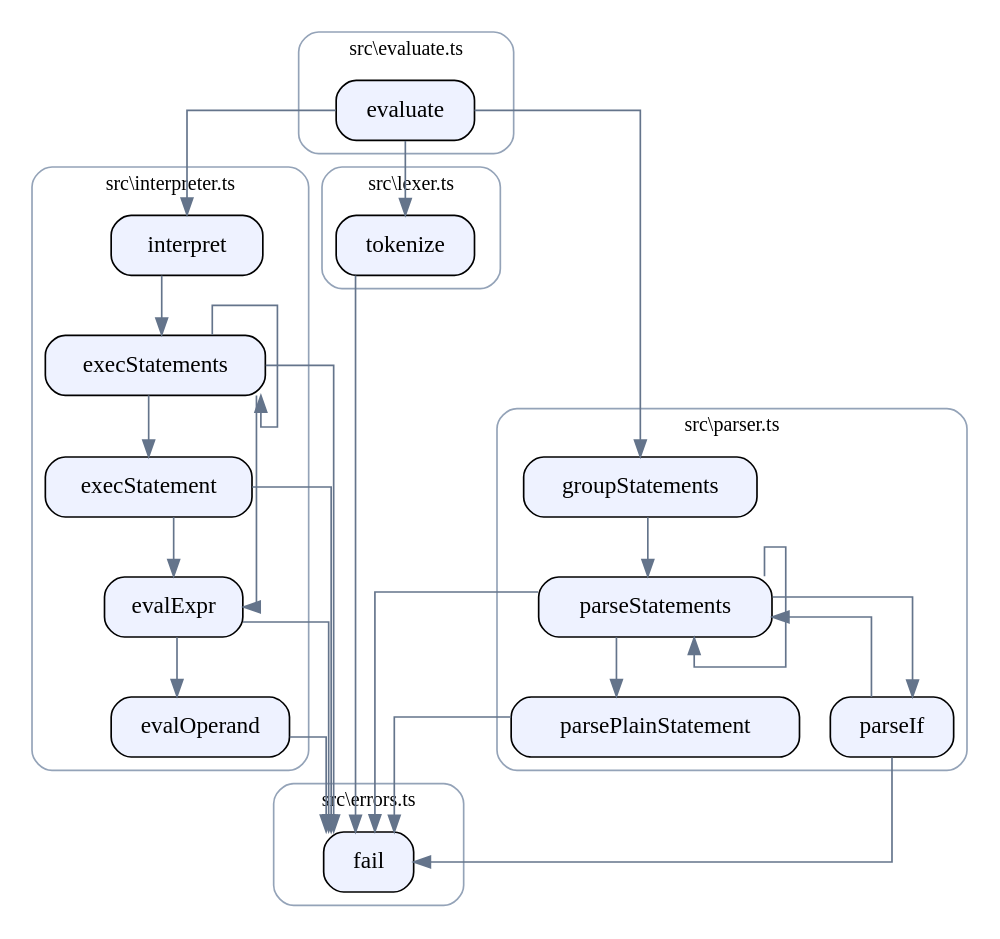
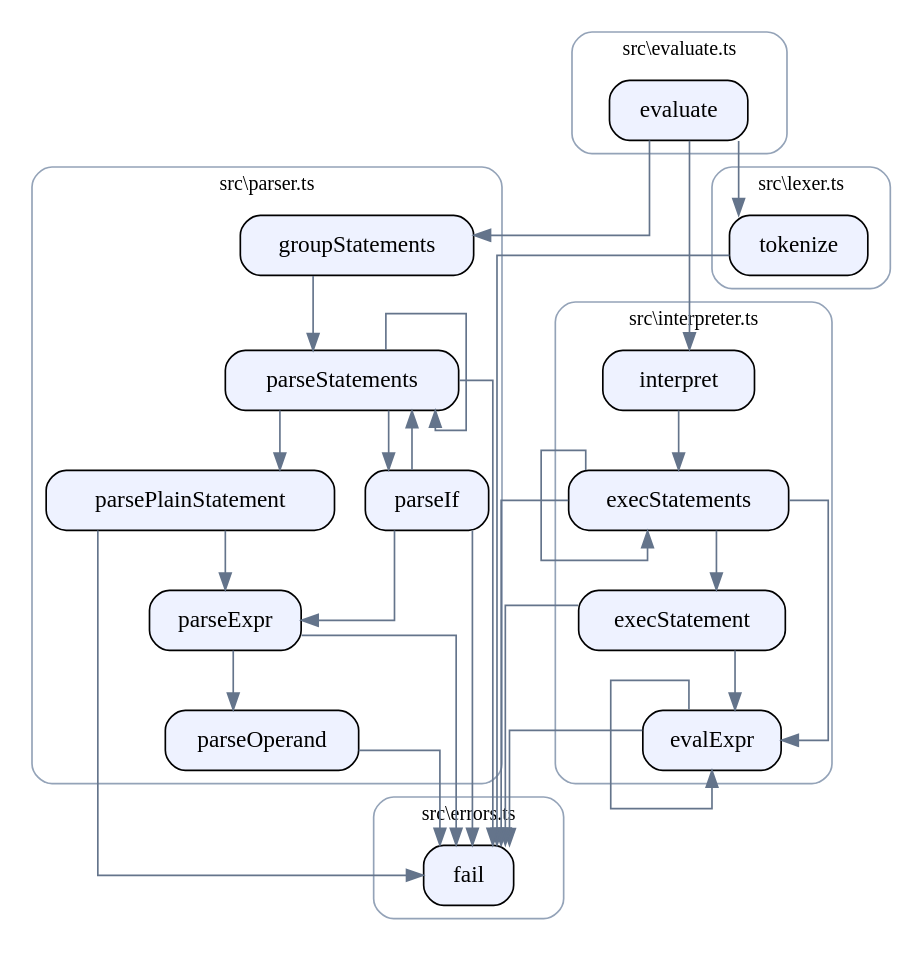
One commit to SirMathhman/Tuff changed the diagram in docs/callgraph.dot. Above: the diagram before and after it, drawn with Graphviz. The commit also changed 6 other files, not shown here.

```diff
--- a/docs/callgraph.dot
+++ b/docs/callgraph.dot
@@ -1,75 +1,80 @@
 digraph tuff {
   rankdir=TB;
   splines=ortho;
   node [shape=box, style="rounded,filled", fillcolor="#eef2ff", fontname="Consolas"];
   edge [color="#64748b"];
   subgraph "cluster_src_errors_ts" {
     style="rounded";
     color="#94a3b8";
     fontname="Consolas";
     fontsize=12;
     label="src\\errors.ts";
     "src\\errors.ts::fail" [label="fail"];
   }
   subgraph "cluster_src_evaluate_ts" {
     style="rounded";
     color="#94a3b8";
     fontname="Consolas";
     fontsize=12;
     label="src\\evaluate.ts";
     "src\\evaluate.ts::evaluate" [label="evaluate"];
   }
   subgraph "cluster_src_interpreter_ts" {
     style="rounded";
     color="#94a3b8";
     fontname="Consolas";
     fontsize=12;
     label="src\\interpreter.ts";
-    "src\\interpreter.ts::evalOperand" [label="evalOperand"];
     "src\\interpreter.ts::evalExpr" [label="evalExpr"];
     "src\\interpreter.ts::execStatement" [label="execStatement"];
     "src\\interpreter.ts::execStatements" [label="execStatements"];
     "src\\interpreter.ts::interpret" [label="interpret"];
   }
   subgraph "cluster_src_lexer_ts" {
     style="rounded";
     color="#94a3b8";
     fontname="Consolas";
     fontsize=12;
     label="src\\lexer.ts";
     "src\\lexer.ts::tokenize" [label="tokenize"];
   }
   subgraph "cluster_src_parser_ts" {
     style="rounded";
     color="#94a3b8";
     fontname="Consolas";
     fontsize=12;
     label="src\\parser.ts";
     "src\\parser.ts::parseStatements" [label="parseStatements"];
     "src\\parser.ts::parsePlainStatement" [label="parsePlainStatement"];
+    "src\\parser.ts::parseOperand" [label="parseOperand"];
+    "src\\parser.ts::parseExpr" [label="parseExpr"];
     "src\\parser.ts::parseIf" [label="parseIf"];
     "src\\parser.ts::groupStatements" [label="groupStatements"];
   }
   "src\\evaluate.ts::evaluate" -> "src\\lexer.ts::tokenize";
   "src\\evaluate.ts::evaluate" -> "src\\parser.ts::groupStatements";
   "src\\evaluate.ts::evaluate" -> "src\\interpreter.ts::interpret";
-  "src\\interpreter.ts::evalOperand" -> "src\\errors.ts::fail";
   "src\\interpreter.ts::evalExpr" -> "src\\errors.ts::fail";
-  "src\\interpreter.ts::evalExpr" -> "src\\interpreter.ts::evalOperand";
+  "src\\interpreter.ts::evalExpr" -> "src\\interpreter.ts::evalExpr";
   "src\\interpreter.ts::execStatement" -> "src\\errors.ts::fail";
   "src\\interpreter.ts::execStatement" -> "src\\interpreter.ts::evalExpr";
   "src\\interpreter.ts::execStatements" -> "src\\interpreter.ts::execStatements";
   "src\\interpreter.ts::execStatements" -> "src\\errors.ts::fail";
   "src\\interpreter.ts::execStatements" -> "src\\interpreter.ts::evalExpr";
   "src\\interpreter.ts::execStatements" -> "src\\interpreter.ts::execStatement";
   "src\\interpreter.ts::interpret" -> "src\\interpreter.ts::execStatements";
   "src\\lexer.ts::tokenize" -> "src\\errors.ts::fail";
   "src\\parser.ts::parseStatements" -> "src\\parser.ts::parseStatements";
   "src\\parser.ts::parseStatements" -> "src\\errors.ts::fail";
   "src\\parser.ts::parseStatements" -> "src\\parser.ts::parseIf";
   "src\\parser.ts::parseStatements" -> "src\\parser.ts::parsePlainStatement";
   "src\\parser.ts::parsePlainStatement" -> "src\\errors.ts::fail";
+  "src\\parser.ts::parsePlainStatement" -> "src\\parser.ts::parseExpr";
+  "src\\parser.ts::parseOperand" -> "src\\errors.ts::fail";
+  "src\\parser.ts::parseExpr" -> "src\\errors.ts::fail";
+  "src\\parser.ts::parseExpr" -> "src\\parser.ts::parseOperand";
   "src\\parser.ts::parseIf" -> "src\\errors.ts::fail";
+  "src\\parser.ts::parseIf" -> "src\\parser.ts::parseExpr";
   "src\\parser.ts::parseIf" -> "src\\parser.ts::parseStatements";
   "src\\parser.ts::groupStatements" -> "src\\parser.ts::parseStatements";
 }
```
